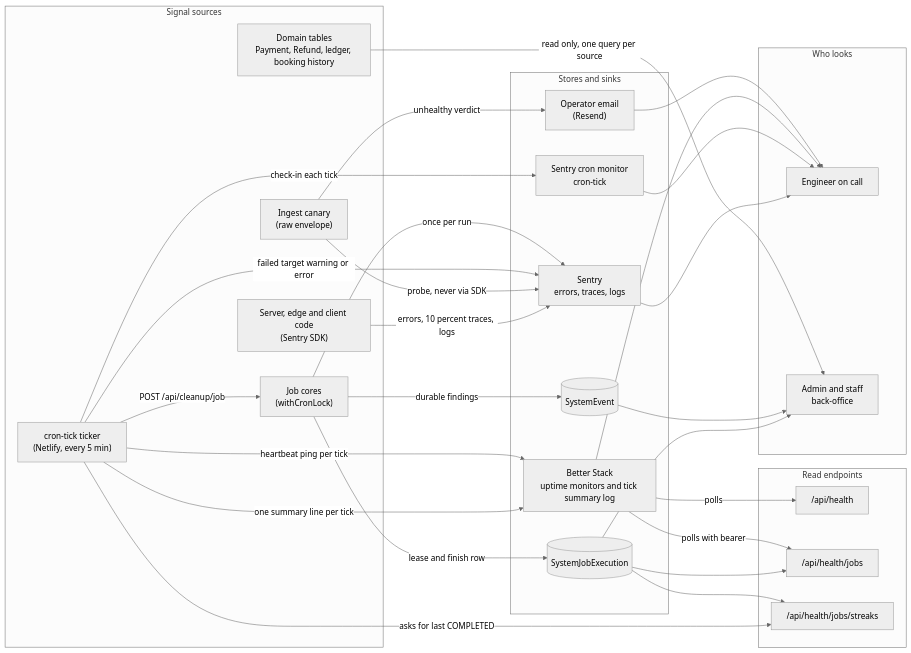
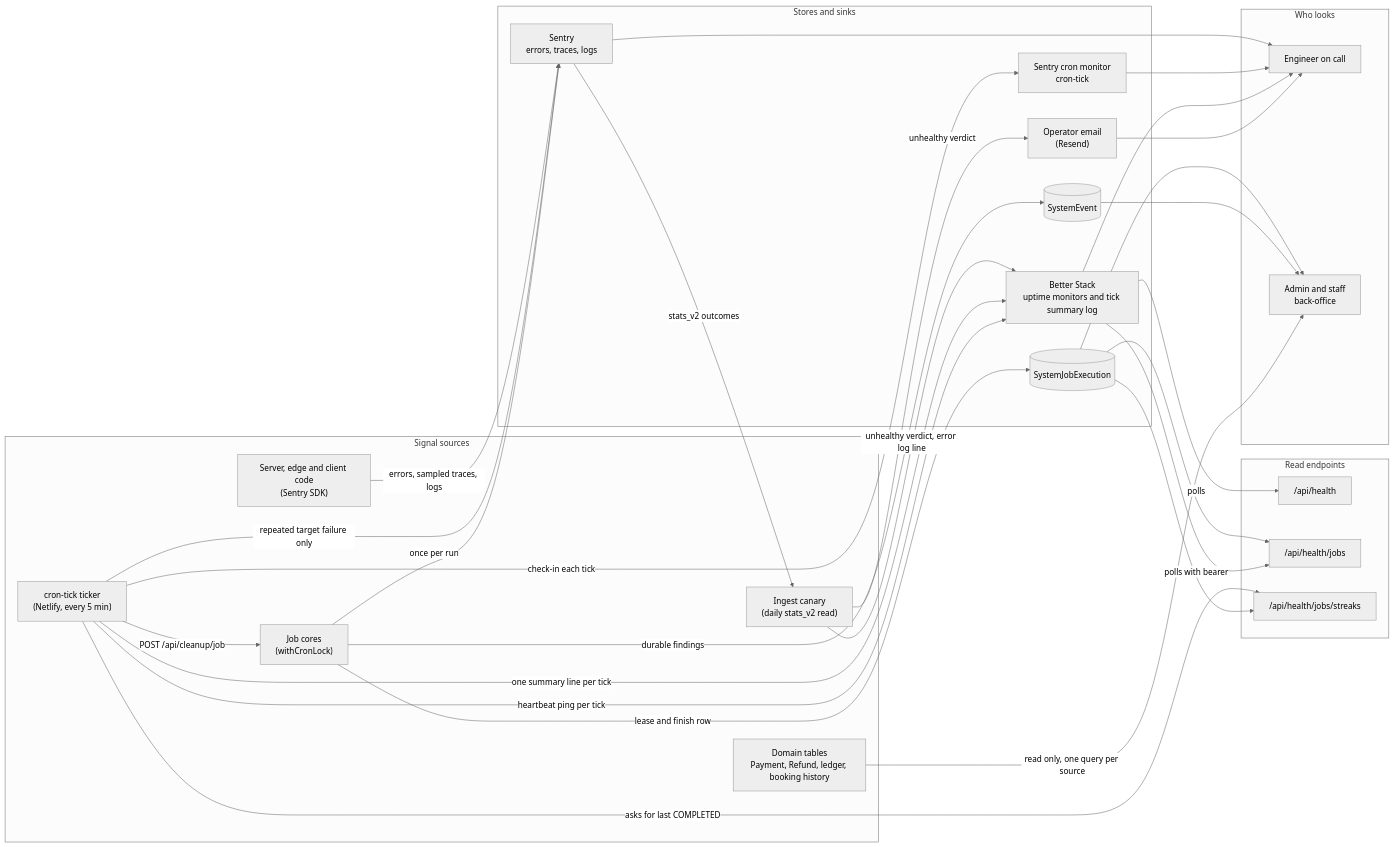
One commit to Practitionist/familiarise_web changed the diagram in docs/observability/00-system-design.md. Above: the diagram before and after it, drawn with Mermaid (neutral theme). The commit also changed other lines of this file and 55 other files, not shown here.

First line of the commit message:
fix(observability): Sentry escalations only — one-offs to logs, config skips and findings to the console, canary off the error quota (#2475)

````diff
--- a/docs/observability/00-system-design.md
+++ b/docs/observability/00-system-design.md
@@ -28,54 +28,55 @@
 ```mermaid
 flowchart LR
     subgraph Sources["Signal sources"]
         APP["Server, edge and client code<br/>(Sentry SDK)"]
-        CANARY["Ingest canary<br/>(raw envelope)"]
+        CANARY["Ingest canary<br/>(daily stats_v2 read)"]
         TICK["cron-tick ticker<br/>(Netlify, every 5 min)"]
         JOBS["Job cores<br/>(withCronLock)"]
         DOMAIN["Domain tables<br/>Payment, Refund, ledger, booking history"]
     end
 
     subgraph Stores["Stores and sinks"]
         SENTRY["Sentry<br/>errors, traces, logs"]
         MONITOR["Sentry cron monitor<br/>cron-tick"]
         BS["Better Stack<br/>uptime monitors and tick summary log"]
         SJE[("SystemJobExecution")]
         SE[("SystemEvent")]
         MAIL["Operator email<br/>(Resend)"]
     end
 
     subgraph Probes["Read endpoints"]
         H1["/api/health"]
         H2["/api/health/jobs"]
         H3["/api/health/jobs/streaks"]
     end
 
     subgraph Humans["Who looks"]
         ENG["Engineer on call"]
         OPS["Admin and staff<br/>back-office"]
     end
 
-    APP -->|errors, 10 percent traces, logs| SENTRY
-    CANARY -->|probe, never via SDK| SENTRY
+    APP -->|errors, sampled traces, logs| SENTRY
+    SENTRY -->|stats_v2 outcomes| CANARY
     CANARY -->|unhealthy verdict| MAIL
+    CANARY -->|unhealthy verdict, error log line| BS
     TICK -->|check-in each tick| MONITOR
     TICK -->|one summary line per tick| BS
     TICK -->|heartbeat ping per tick| BS
-    TICK -->|failed target warning or error| SENTRY
+    TICK -->|repeated target failure only| SENTRY
     TICK -->|asks for last COMPLETED| H3
     TICK -->|POST /api/cleanup/job| JOBS
     JOBS -->|lease and finish row| SJE
     JOBS -->|durable findings| SE
     JOBS -->|once per run| SENTRY
     SJE --> H2
     SJE --> H3
     BS -->|polls| H1
     BS -->|polls with bearer| H2
     SENTRY --> ENG
     MONITOR --> ENG
     BS --> ENG
     MAIL --> ENG
     SJE --> OPS
     SE --> OPS
     DOMAIN -->|read only, one query per source| OPS
 ```
````
